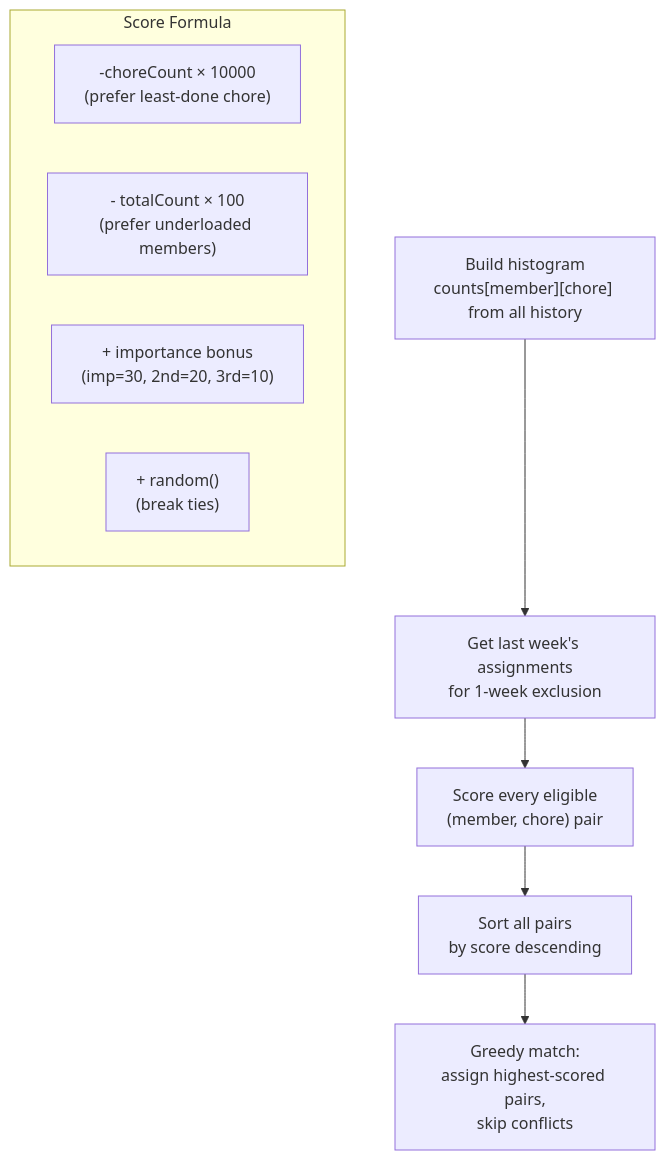
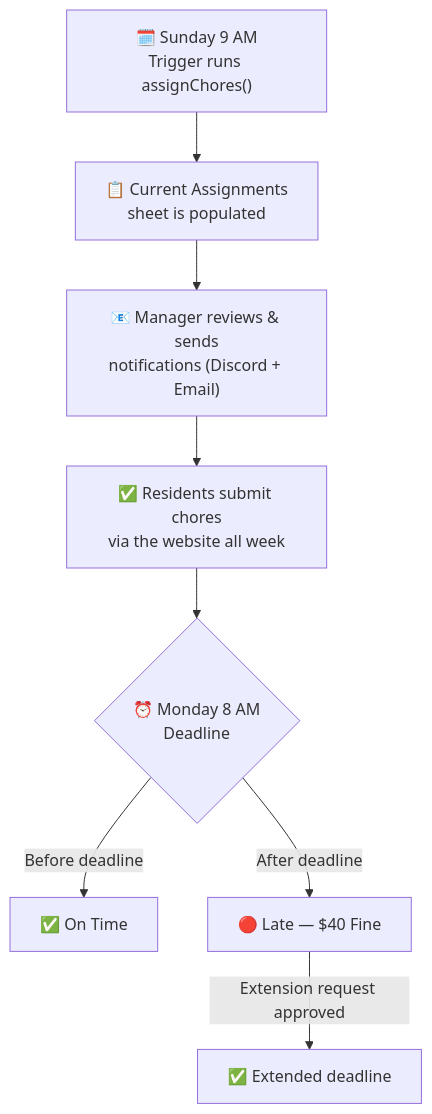
One commit to gaithaca/chores changed the third of 3 diagrams in README.md. Above: the diagram before and after it, drawn with Mermaid. The commit also changed other lines of this file, not shown here.

Commit message:
feat: Add comprehensive user guides for residents and managers, detail API endpoints, and update architecture and sheet structure in the README.

````diff
--- a/README.md
+++ b/README.md
@@ -163,14 +258,10 @@
 ```mermaid
 graph TD
-    A["Build histogram<br>counts[member][chore] from all history"] --> B["Get last week's assignments<br>for 1-week exclusion"]
-    B --> C["Score every eligible<br>(member, chore) pair"]
-    C --> D["Sort all pairs<br>by score descending"]
-    D --> E["Greedy match:<br>assign highest-scored pairs,<br>skip conflicts"]
-
-    subgraph "Score Formula"
-        F["-choreCount × 10000<br>(prefer least-done chore)"]
-        G["- totalCount × 100<br>(prefer underloaded members)"]
-        H["+ importance bonus<br>(imp=30, 2nd=20, 3rd=10)"]
-        I["+ random()<br>(break ties)"]
-    end
+    A["🗓️ Sunday 9 AM<br>Trigger runs assignChores()"] --> B["📋 Current Assignments<br>sheet is populated"]
+    B --> C["📧 Manager reviews & sends<br>notifications (Discord + Email)"]
+    C --> D["✅ Residents submit chores<br>via the website all week"]
+    D --> E{"⏰ Monday 8 AM<br>Deadline"}
+    E -- "Before deadline" --> F["✅ On Time"]
+    E -- "After deadline" --> G["🔴 Late — $40 Fine"]
+    G -- "Extension request approved" --> H["✅ Extended deadline"]
 ```
````
